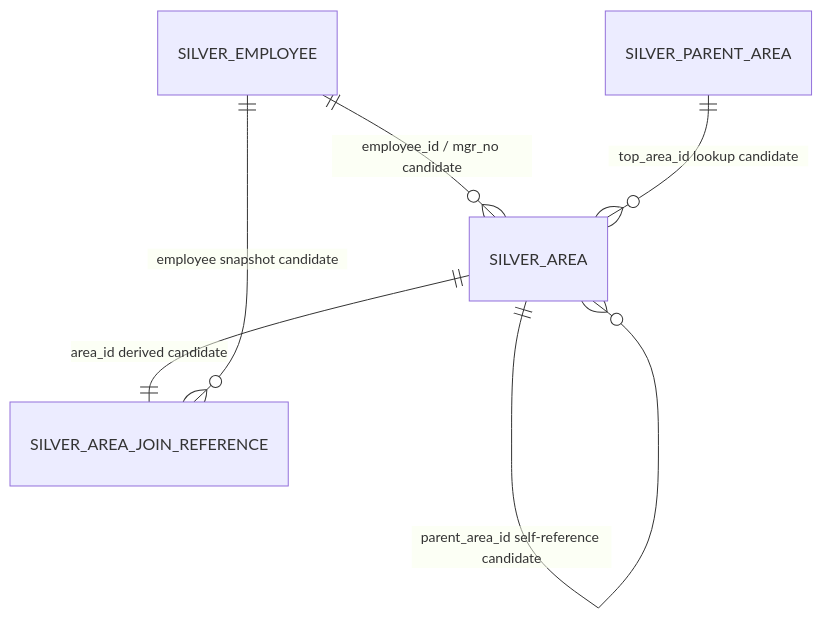
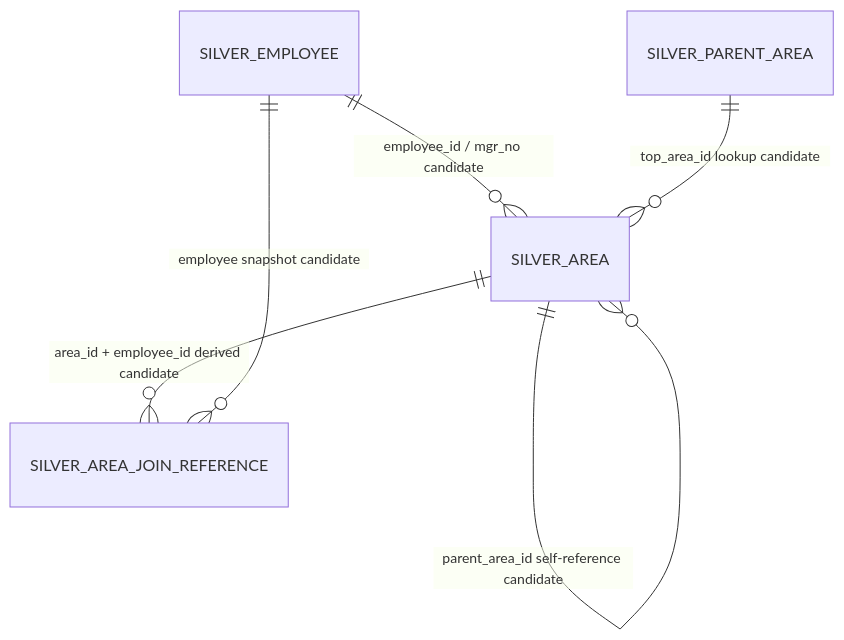
One commit to encore-ai-campus/mlo-01-p2-team4 changed the diagram in docs/DRD.md. Above: the diagram before and after it, drawn with Mermaid. The commit also changed other lines of this file and 172 other files, not shown here.

```diff
--- a/docs/DRD.md
+++ b/docs/DRD.md
@@ -214,8 +218,8 @@
 ~~~mermaid
 erDiagram
     SILVER_EMPLOYEE ||--o{ SILVER_AREA : "employee_id / mgr_no candidate"
     SILVER_AREA ||--o{ SILVER_AREA : "parent_area_id self-reference candidate"
     SILVER_PARENT_AREA ||--o{ SILVER_AREA : "top_area_id lookup candidate"
-    SILVER_AREA ||--|| SILVER_AREA_JOIN_REFERENCE : "area_id derived candidate"
+    SILVER_AREA ||--o{ SILVER_AREA_JOIN_REFERENCE : "area_id + employee_id derived candidate"
     SILVER_EMPLOYEE ||--o{ SILVER_AREA_JOIN_REFERENCE : "employee snapshot candidate"
 ~~~
```
